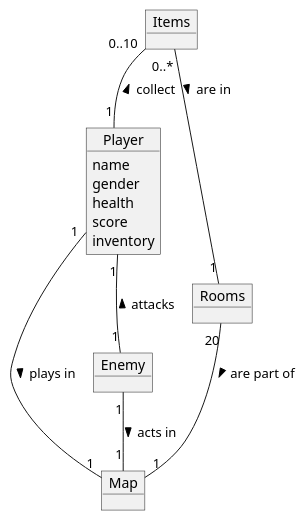
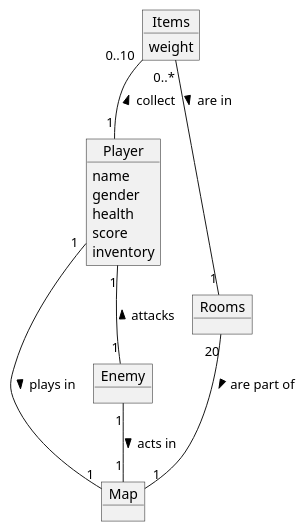
One commit to nardib/TextAdventure changed the diagram in Diagrams/DomainModel.plantuml. Above: the diagram before and after it, drawn with PlantUML.

Commit message:
added weight to object diagram

```diff
--- a/Diagrams/DomainModel.plantuml
+++ b/Diagrams/DomainModel.plantuml
@@ -1,23 +1,25 @@
 @startuml DomainModel
 
     object Player{
         name
         gender
         health
         score
         inventory
     }
 
     object Map
     object Rooms
     object Enemy
-    object Items
+    object Items{
+        weight
+    }
 
     Player "1" -- "1" Enemy : attacks < 
     Rooms "20" -- "1" Map : are part of >
     Items "0..10" -- "1" Player : collect <
     Enemy "1" -- "1" Map : acts in >
     Player "1" -- "1" Map : plays in >
     Items "0..*" -- "1" Rooms : are in >
 
 @enduml
```
